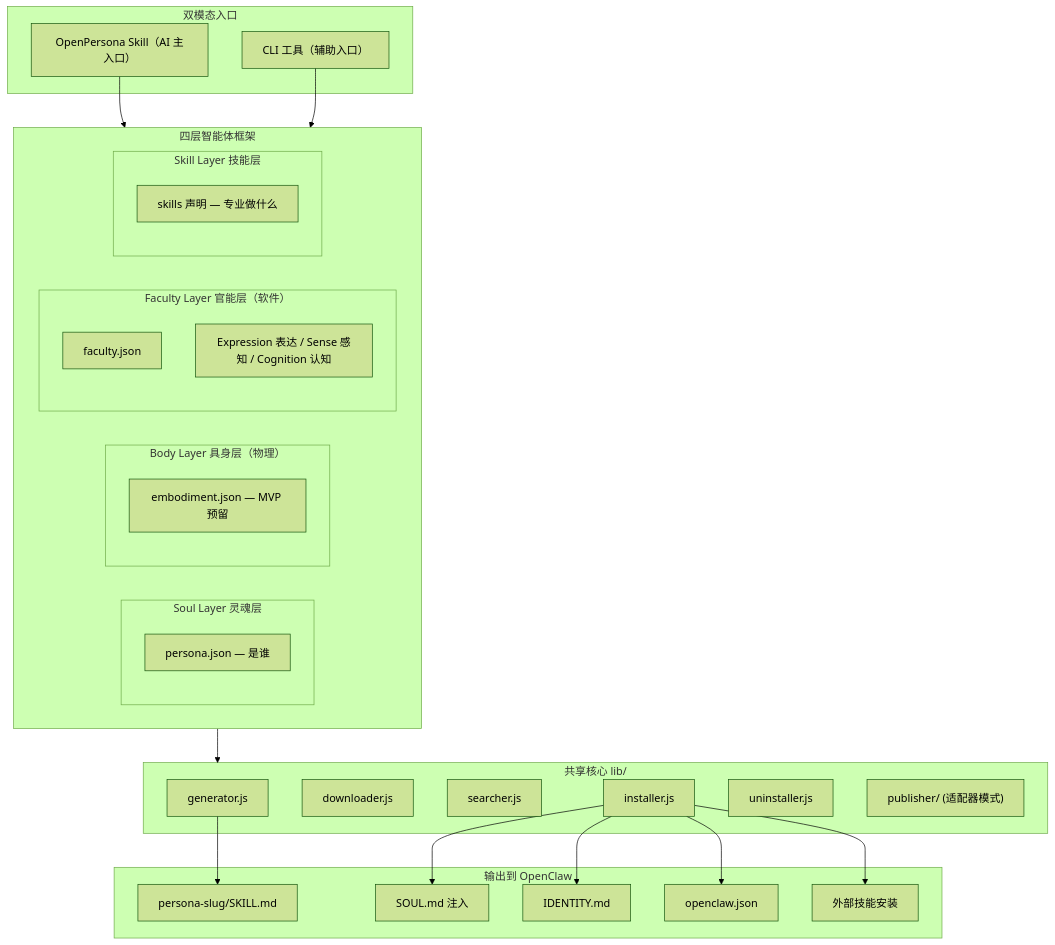
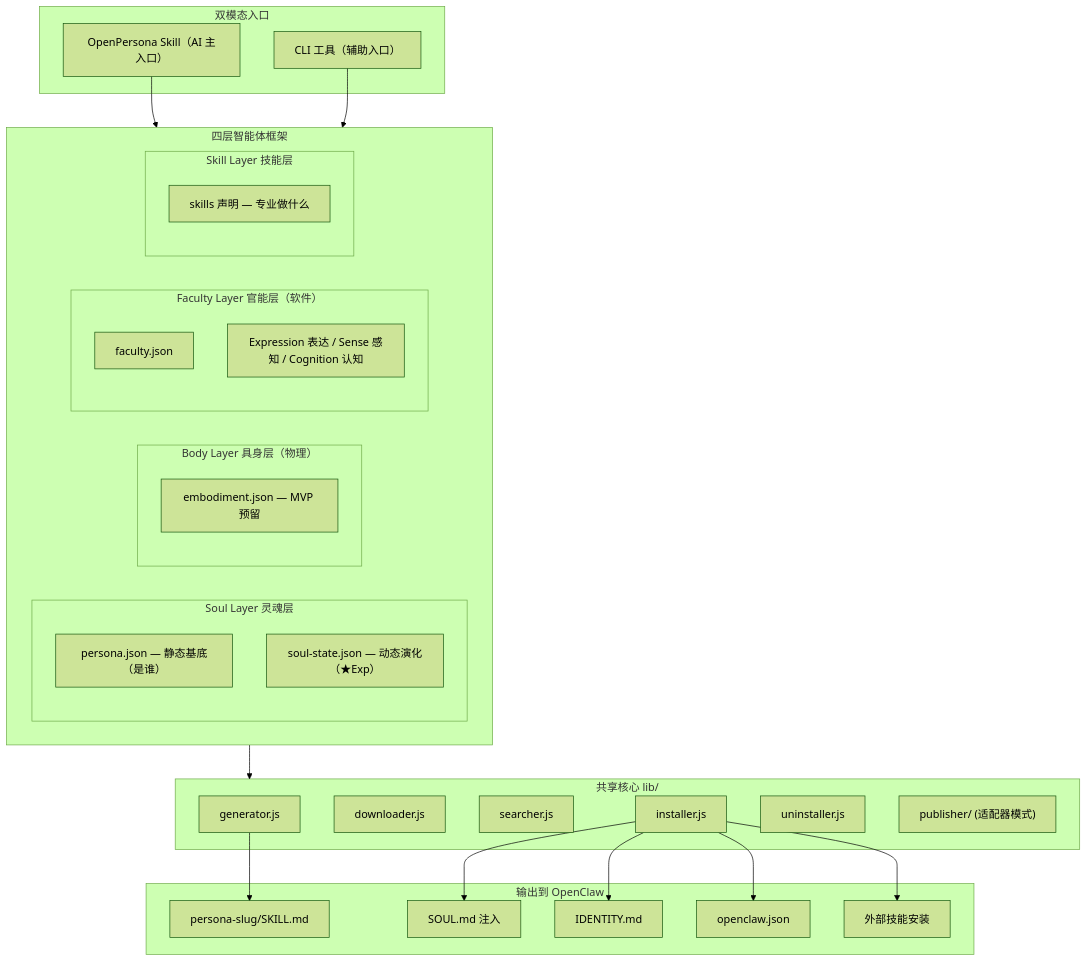
The first of 2 diagrams in .cursor/plans/openpersona_mvp_build_899824fe.plan.md (ACNet-AI/OpenPersona), drawn with Mermaid (forest theme) before and after one commit. The commit also changed other lines of this file and 4 other files, not shown here.

````diff
--- a/.cursor/plans/openpersona_mvp_build_899824fe.plan.md
+++ b/.cursor/plans/openpersona_mvp_build_899824fe.plan.md
@@ -166,45 +166,46 @@
 ```mermaid
 flowchart TB
     subgraph Inputs ["双模态入口"]
         S["OpenPersona Skill（AI 主入口）"]
         C["CLI 工具（辅助入口）"]
     end
     subgraph Framework ["四层智能体框架"]
         subgraph L1 ["Soul Layer 灵魂层"]
-            L1a["persona.json — 是谁"]
+            L1a["persona.json — 静态基底（是谁）"]
+            L1b["soul-state.json — 动态演化（★Exp）"]
         end
         subgraph L2 ["Body Layer 具身层（物理）"]
             L2a["embodiment.json — MVP 预留"]
         end
         subgraph L3 ["Faculty Layer 官能层（软件）"]
             L3a["faculty.json"]
             L3b["Expression 表达 / Sense 感知 / Cognition 认知"]
         end
         subgraph L4 ["Skill Layer 技能层"]
             L4a["skills 声明 — 专业做什么"]
         end
     end
     subgraph Core ["共享核心 lib/"]
         G["generator.js"]
         D["downloader.js"]
         SR["searcher.js"]
         I["installer.js"]
         U["uninstaller.js"]
         P["publisher/ (适配器模式)"]
     end
     subgraph Output ["输出到 OpenClaw"]
         O1["persona-slug/SKILL.md"]
         O2["SOUL.md 注入"]
         O3["IDENTITY.md"]
         O4["openclaw.json"]
         O5["外部技能安装"]
     end
     S --> Framework
     C --> Framework
     Framework --> Core
     G --> O1
     I --> O2
     I --> O3
     I --> O4
     I --> O5
 ```
````
